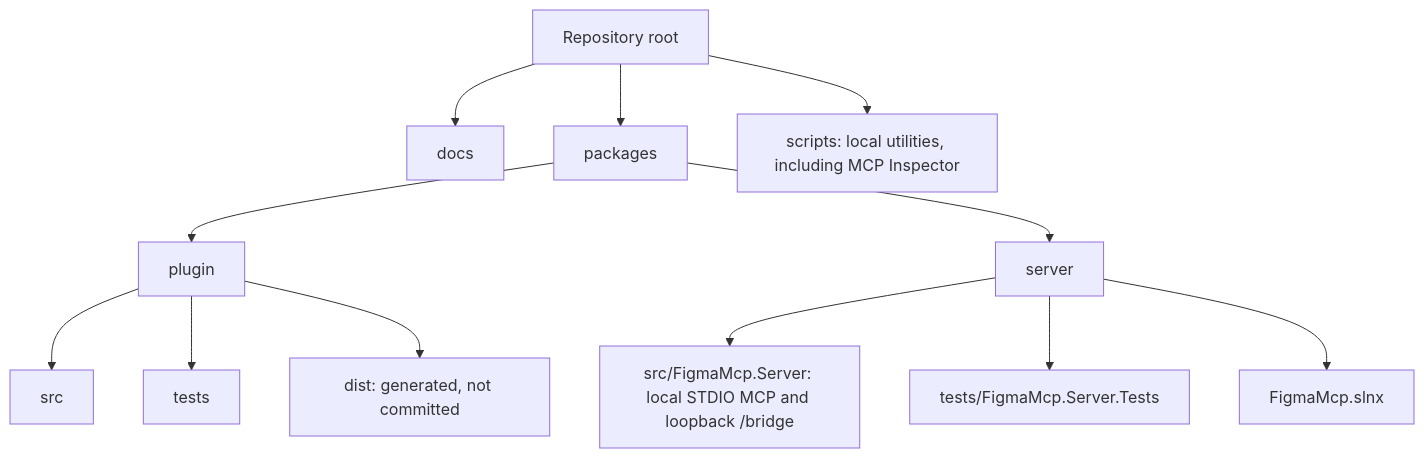
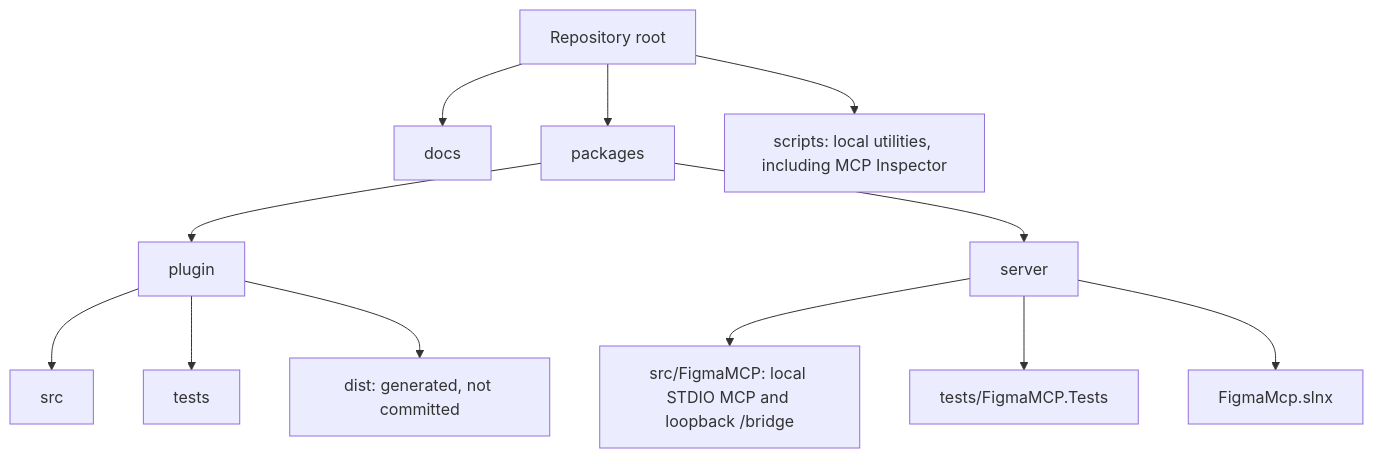
Before and after one commit to 2chevskii/FigmaMCP: the diagram in docs/DEVELOPMENT.md, drawn with Mermaid. The commit also changed 58 other files, not shown here.

Commit message:
refactor(server): rename FigmaMcp.Server to FigmaMCP

````diff
--- a/docs/DEVELOPMENT.md
+++ b/docs/DEVELOPMENT.md
@@ -8,14 +8,14 @@
 ```mermaid
 flowchart TD
     root[Repository root] --> docs[docs]
     root --> packages[packages]
     root --> scripts[scripts: local utilities, including MCP Inspector]
     packages --> plugin[plugin]
     plugin --> pluginSrc[src]
     plugin --> pluginTests[tests]
     plugin --> pluginDist[dist: generated, not committed]
     packages --> server[server]
-    server --> serverSrc[src/FigmaMcp.Server: local STDIO MCP and loopback /bridge]
-    server --> serverTests[tests/FigmaMcp.Server.Tests]
+    server --> serverSrc[src/FigmaMCP: local STDIO MCP and loopback /bridge]
+    server --> serverTests[tests/FigmaMCP.Tests]
     server --> solution[FigmaMcp.slnx]
 ```
````
